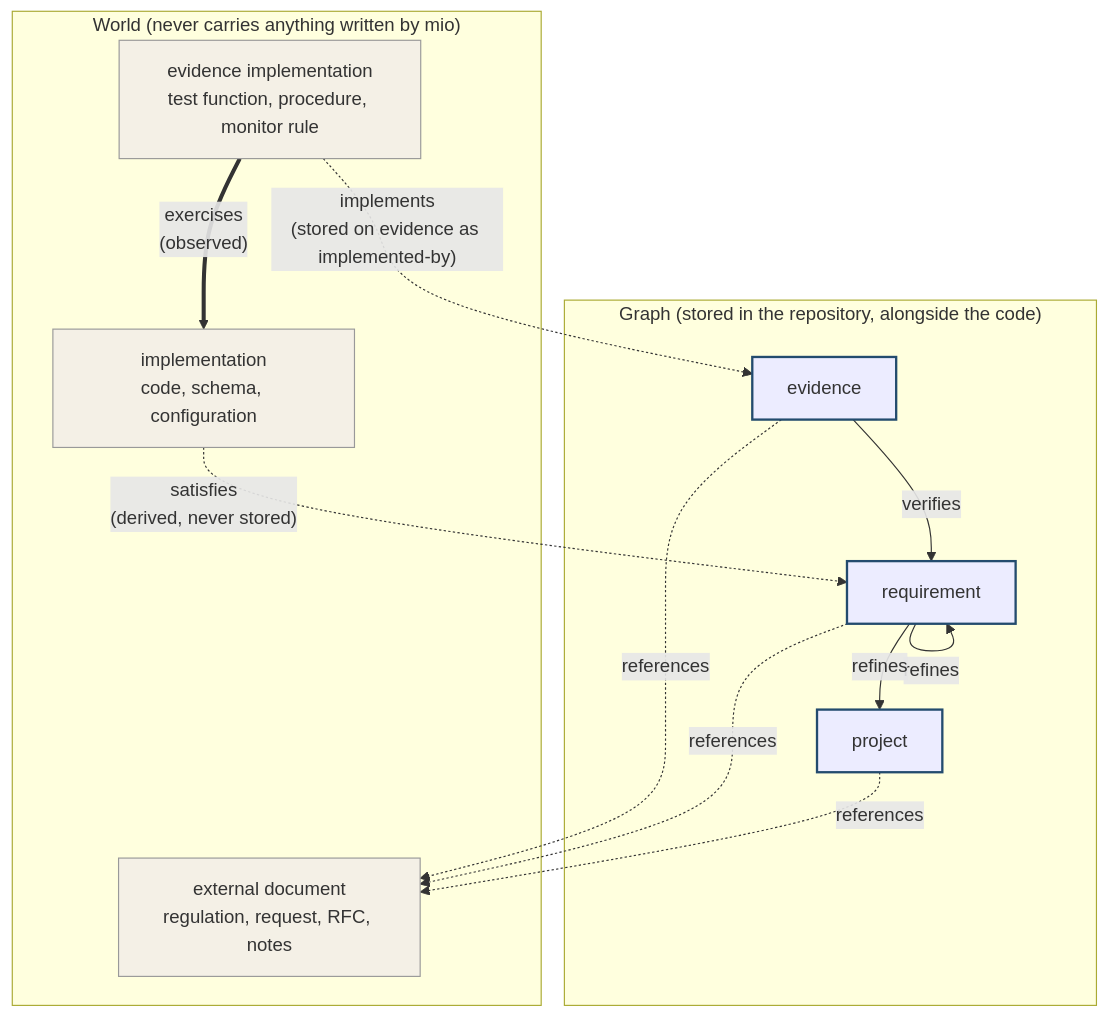
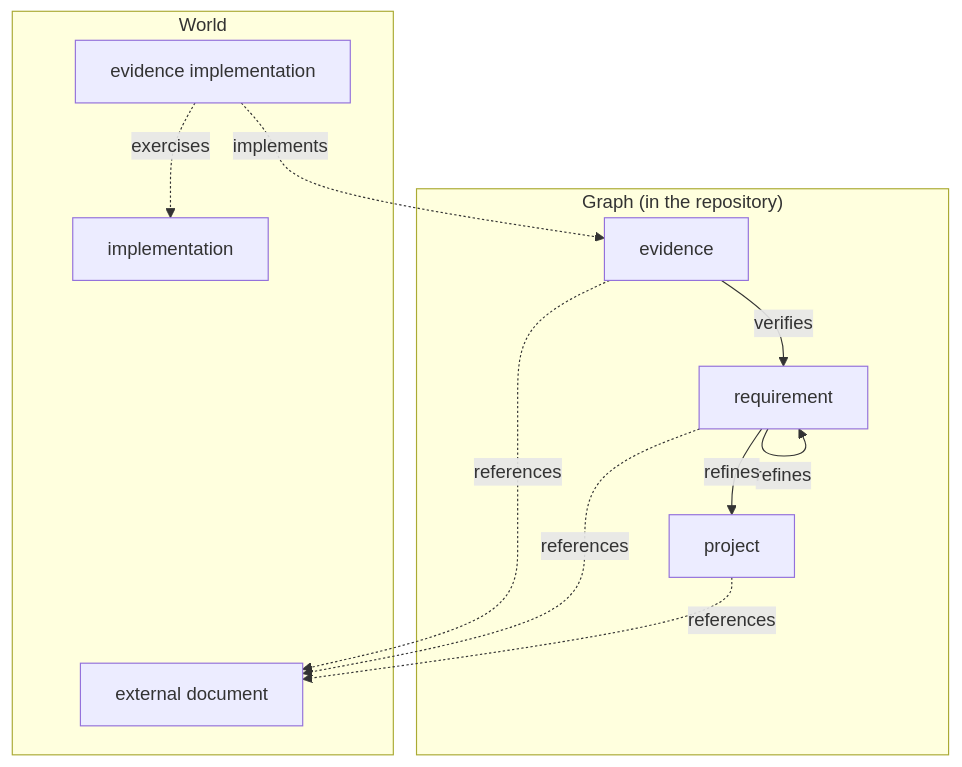
Before and after one commit to utsusemi-harness/mio: the diagram in SPEC/model.md, drawn with Mermaid. The commit also changed other lines of this file, not shown here.

````diff
--- a/SPEC/model.md
+++ b/SPEC/model.md
@@ -9,28 +7,22 @@
 ```mermaid
 graph TD
-  subgraph G["Graph (stored in the repository, alongside the code)"]
+  subgraph G["Graph (in the repository)"]
     P[project]
     R[requirement]
     E[evidence]
   end
-  subgraph W["World (never carries anything written by mio)"]
-    D[external document<br/>regulation, request, RFC, notes]
-    EI[evidence implementation<br/>test function, procedure, monitor rule]
-    I[implementation<br/>code, schema, configuration]
+  subgraph W["World"]
+    D[external document]
+    EI[evidence implementation]
+    I[implementation]
   end
 
   R -->|"refines"| R
   R -->|"refines"| P
   E -->|"verifies"| R
   P -. "references" .-> D
   R -. "references" .-> D
   E -. "references" .-> D
-  EI -. "implements<br/>(stored on evidence as implemented-by)" .-> E
-  EI ==>|"exercises<br/>(observed)"| I
-  I -.->|"satisfies<br/>(derived, never stored)"| R
-
-  classDef judgment stroke:#234B6E,stroke-width:2px;
-  classDef world fill:#F4F0E6,stroke:#999;
-  class P,R,E judgment;
-  class D,EI,I world;
+  EI -. "implements" .-> E
+  EI -. "exercises" .-> I
 ```
````
